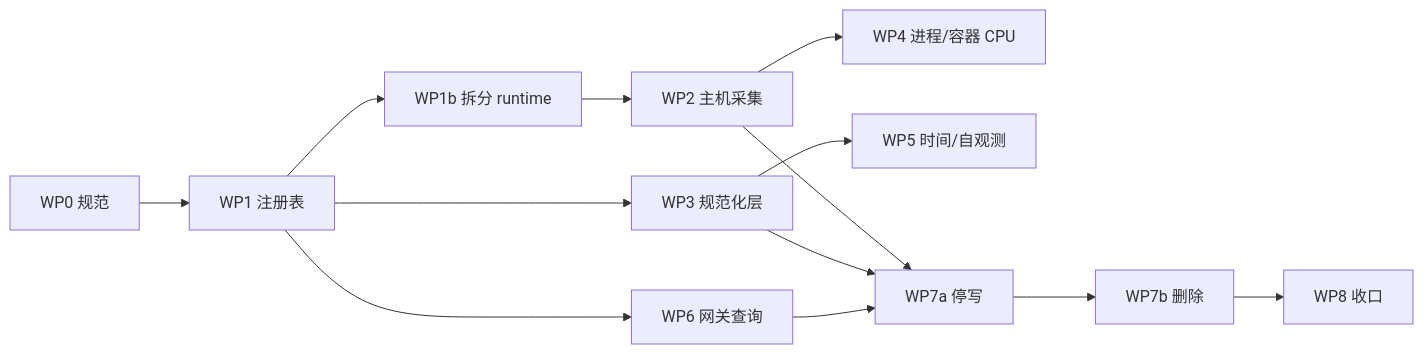
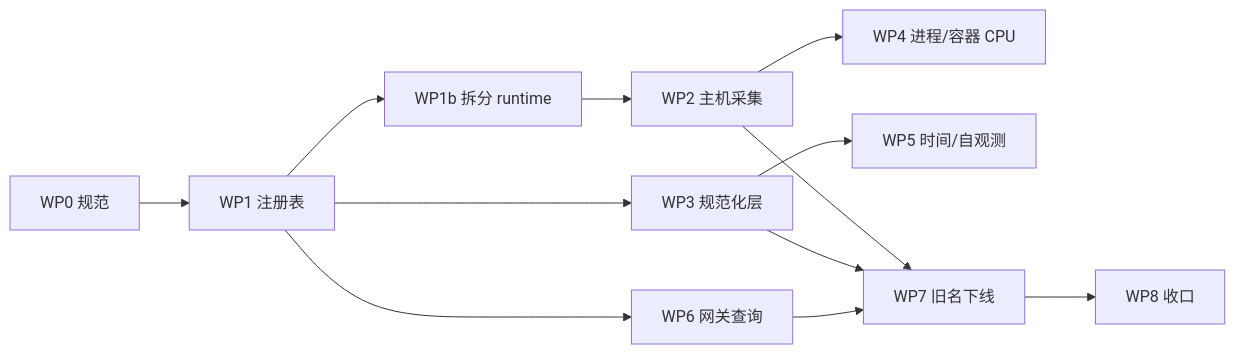
Before and after one commit to dayu-sec/wist-agentd: the diagram in docs/design/metrics-spec-rollout.md, drawn with Mermaid. The commit also changed other lines of this file and 7 other files, not shown here.

````diff
--- a/docs/design/metrics-spec-rollout.md
+++ b/docs/design/metrics-spec-rollout.md
@@ -127,15 +124,14 @@
 ```mermaid
 flowchart LR
     WP0[WP0 规范] --> WP1[WP1 注册表]
     WP1 --> WP1b[WP1b 拆分 runtime]
     WP1 --> WP3[WP3 规范化层]
     WP1 --> WP6[WP6 网关查询]
     WP1b --> WP2[WP2 主机采集]
     WP2 --> WP4[WP4 进程/容器 CPU]
     WP3 --> WP5[WP5 时间/自观测]
-    WP2 --> WP7a[WP7a 停写]
-    WP3 --> WP7a
-    WP6 --> WP7a
-    WP7a --> WP7b[WP7b 删除]
-    WP7b --> WP8[WP8 收口]
+    WP2 --> WP7[WP7 旧名下线]
+    WP3 --> WP7
+    WP6 --> WP7
+    WP7 --> WP8[WP8 收口]
 ```
````
